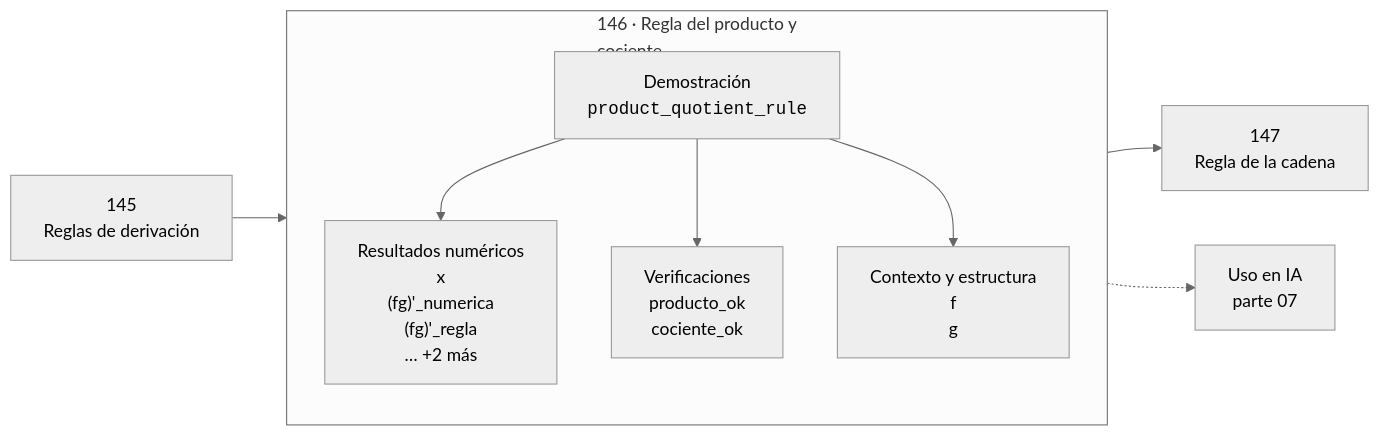
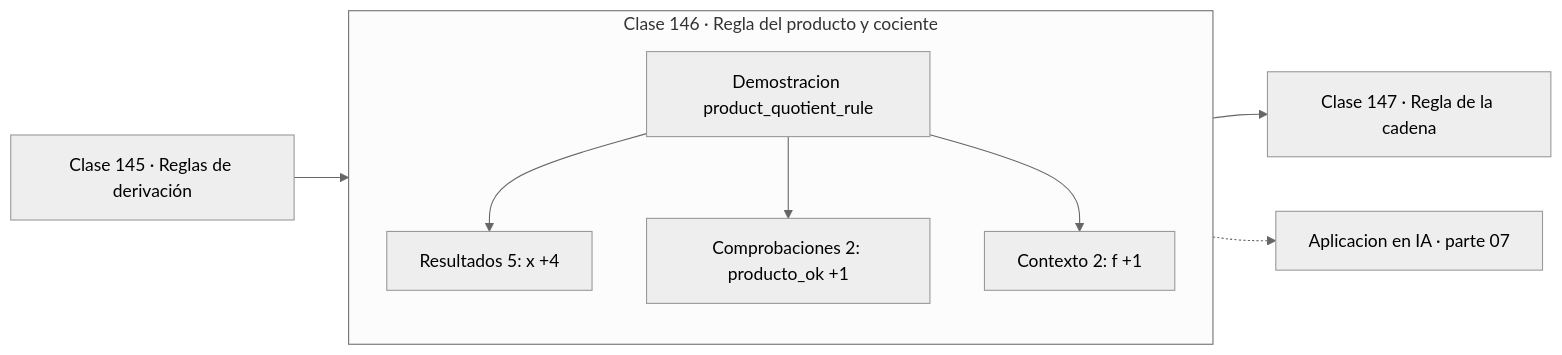
Before and after one commit to vladimiracunadev-create/computational-mathematics-program: the diagram in classes/part-07-calculo-diferencial-e-integral/146-regla-del-producto-y-cociente/README.md, drawn with Mermaid (neutral theme). The commit also changed 389 other files, not shown here.

First line of the commit message:
fix(diagramas): elimina el HTML de las etiquetas Mermaid

````diff
--- a/classes/part-07-calculo-diferencial-e-integral/146-regla-del-producto-y-cociente/README.md
+++ b/classes/part-07-calculo-diferencial-e-integral/146-regla-del-producto-y-cociente/README.md
@@ -30,12 +30,13 @@
 ```mermaid
 flowchart LR
-    P["145<br/>Reglas de derivación"] --> C
-    subgraph C["146 · Regla del producto y<br/>cociente"]
+    P["Clase 145 · Reglas de derivación"] --> D
+    subgraph CLASE["Clase 146 · Regla del producto y cociente"]
         direction TB
-        D["Demostración<br/><code>product_quotient_rule</code>"] --> R["Resultados numéricos<br/>x<br/>(fg)'_numerica<br/>(fg)'_regla<br/>… +2 más"]
-        D --> V["Verificaciones<br/>producto_ok<br/>cociente_ok"]
-        D --> O["Contexto y estructura<br/>f<br/>g"]
+        D["Demostracion product_quotient_rule"]
+        D --> R["Resultados 5: x +4"]
+        D --> V["Comprobaciones 2: producto_ok +1"]
+        D --> O["Contexto 2: f +1"]
     end
-    C --> N["147<br/>Regla de la cadena"]
-    C -.-> IA["Uso en IA<br/>parte 07"]
+    R --> N["Clase 147 · Regla de la cadena"]
+    V -.-> IA["Aplicacion en IA · parte 07"]
 ```
````
